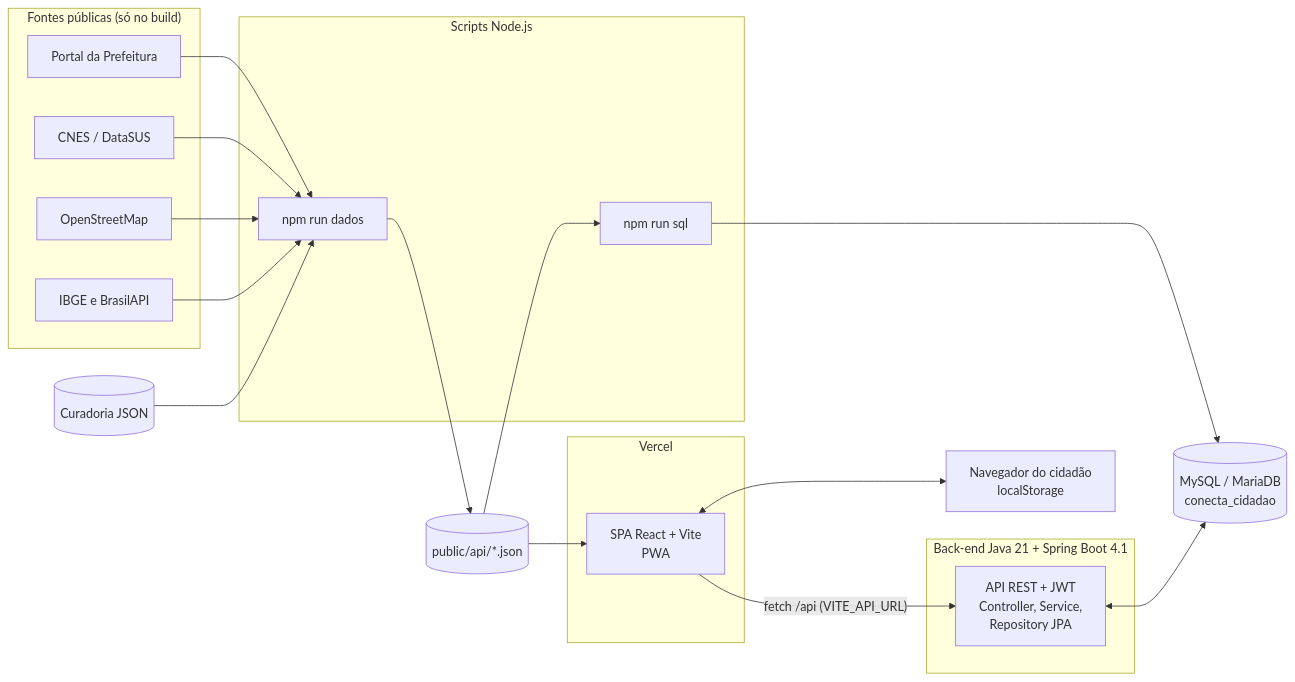
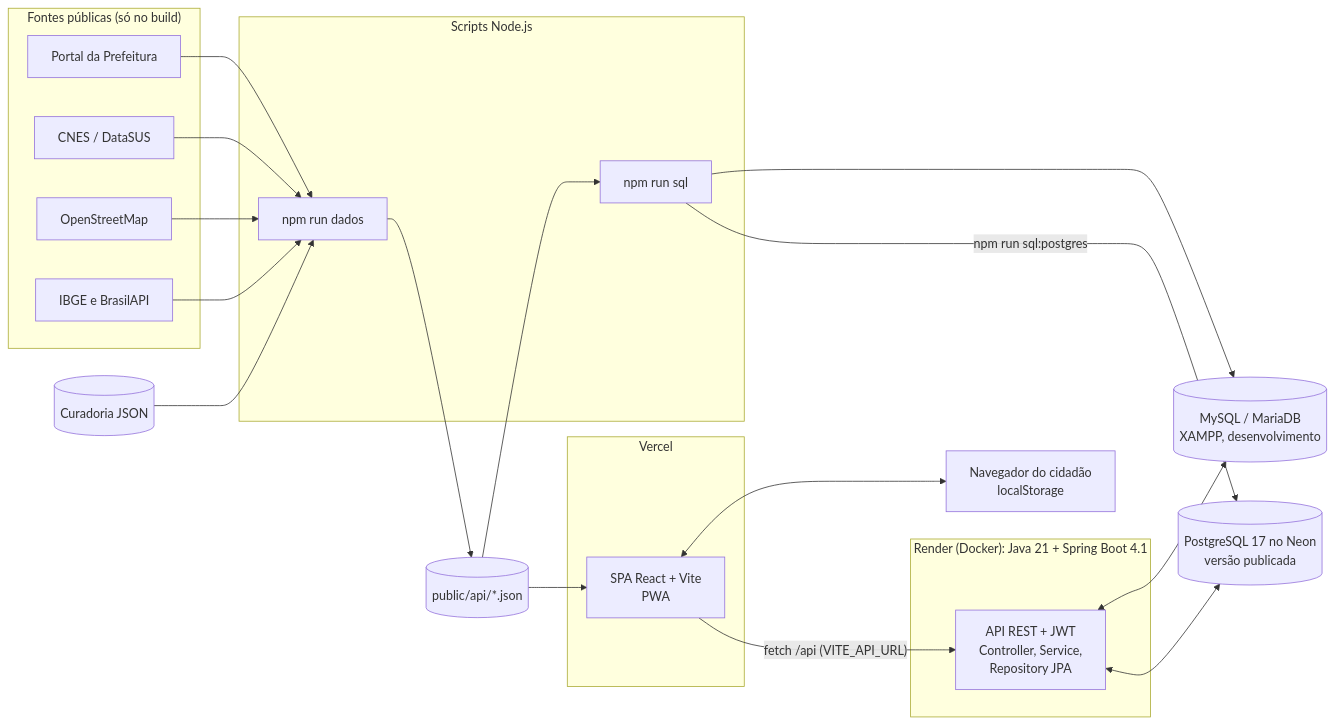
The diagram in docs/diagramas/arquitetura.mmd (MsShadeck/conecta-cidadao), drawn with Mermaid before and after one commit. The commit also changed 7 other files, not shown here.

First line of the commit message:
docs: versão publicada (Vercel + Render + Neon)

```diff
--- a/docs/diagramas/arquitetura.mmd
+++ b/docs/diagramas/arquitetura.mmd
@@ -1,29 +1,32 @@
 flowchart LR
   subgraph Fontes["Fontes públicas (só no build)"]
     PF[Portal da Prefeitura]
     CN[CNES / DataSUS]
     OSM[OpenStreetMap]
     IB[IBGE e BrasilAPI]
   end
   subgraph Build["Scripts Node.js"]
     AD[npm run dados]
     GS[npm run sql]
   end
   CU[(Curadoria JSON)]
   JS[(public/api/*.json)]
-  DB[(MySQL / MariaDB<br/>conecta_cidadao)]
+  DB[(MySQL / MariaDB<br/>XAMPP, desenvolvimento)]
+  PG[(PostgreSQL 17 no Neon<br/>versão publicada)]
   subgraph Vercel["Vercel"]
     SPA[SPA React + Vite<br/>PWA]
   end
-  subgraph Backend["Back-end Java 21 + Spring Boot 4.1"]
+  subgraph Backend["Render (Docker): Java 21 + Spring Boot 4.1"]
     API[API REST + JWT<br/>Controller, Service,<br/>Repository JPA]
   end
   N[Navegador do cidadão<br/>localStorage]
   PF & CN & OSM & IB --> AD
   CU --> AD
   AD --> JS
   JS --> GS --> DB
+  GS -- "npm run sql:postgres" --> PG
   JS --> SPA
   SPA <--> N
   SPA -- "fetch /api (VITE_API_URL)" --> API
   API <--> DB
+  API <--> PG
```
